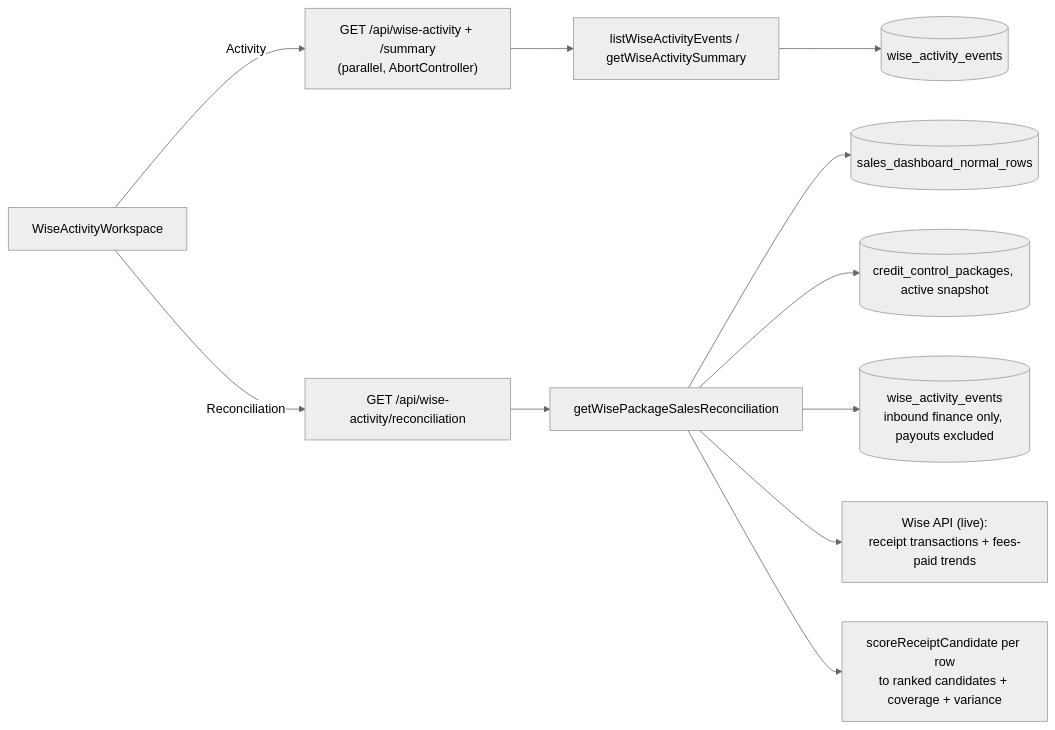
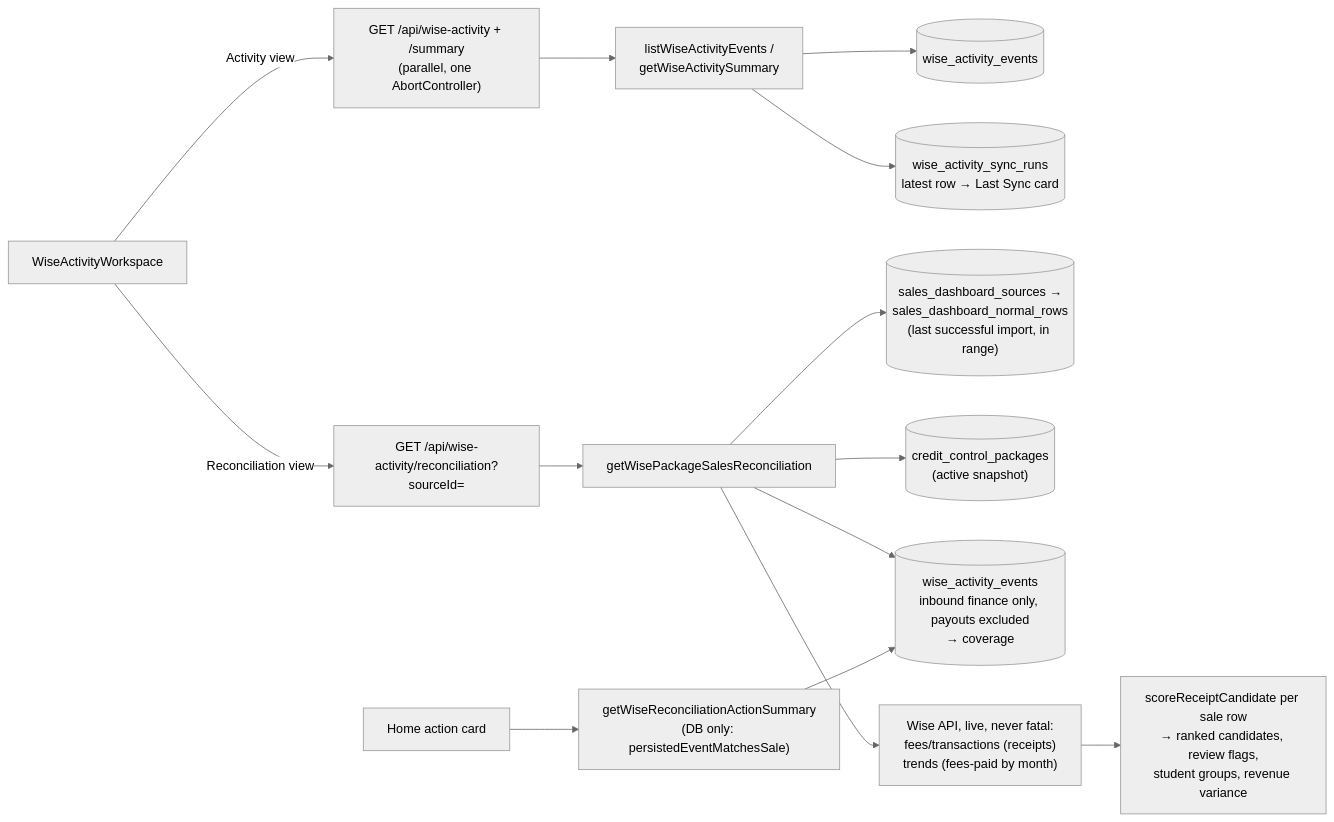
One commit to kasheesh711/bgscheduler changed the second of 2 diagrams in docs/features/wise-activity-audit.md. Above: the diagram before and after it, drawn with Mermaid (neutral theme). The commit also changed other lines of this file and 95 other files, not shown here.

````diff
--- a/docs/features/wise-activity-audit.md
+++ b/docs/features/wise-activity-audit.md
@@ -100,13 +96,16 @@
 ```mermaid
 flowchart LR
-  WS["WiseActivityWorkspace"] -->|Activity| List["GET /api/wise-activity + /summary<br/>(parallel, AbortController)"]
-  WS -->|Reconciliation| Recon["GET /api/wise-activity/reconciliation"]
-  List --> Data["listWiseActivityEvents / getWiseActivitySummary"]
+  WS["WiseActivityWorkspace"] -->|"Activity view"| List["GET /api/wise-activity + /summary<br/>(parallel, one AbortController)"]
+  WS -->|"Reconciliation view"| Recon["GET /api/wise-activity/reconciliation?sourceId="]
+  List --> Data["listWiseActivityEvents /<br/>getWiseActivitySummary"]
   Data --> Events[("wise_activity_events")]
+  Data --> Runs[("wise_activity_sync_runs<br/>latest row → Last Sync card")]
   Recon --> Build["getWisePackageSalesReconciliation"]
-  Build --> Sheet[("sales_dashboard_normal_rows")]
-  Build --> Credit[("credit_control_packages, active snapshot")]
-  Build --> Events2[("wise_activity_events<br/>inbound finance only, payouts excluded")]
-  Build --> Live["Wise API (live):<br/>receipt transactions + fees-paid trends"]
-  Build --> Score["scoreReceiptCandidate per row<br/>to ranked candidates + coverage + variance"]
+  Build --> Sheet[("sales_dashboard_sources →<br/>sales_dashboard_normal_rows<br/>(last successful import, in range)")]
+  Build --> Credit[("credit_control_packages<br/>(active snapshot)")]
+  Build --> Events2[("wise_activity_events<br/>inbound finance only, payouts excluded<br/>→ coverage")]
+  Build --> Live["Wise API, live, never fatal:<br/>fees/transactions (receipts)<br/>trends (fees-paid by month)"]
+  Live --> Score["scoreReceiptCandidate per sale row<br/>→ ranked candidates, review flags,<br/>student groups, revenue variance"]
+  Home["Home action card"] --> Summary["getWiseReconciliationActionSummary<br/>(DB only: persistedEventMatchesSale)"]
+  Summary --> Events2
 ```
````
